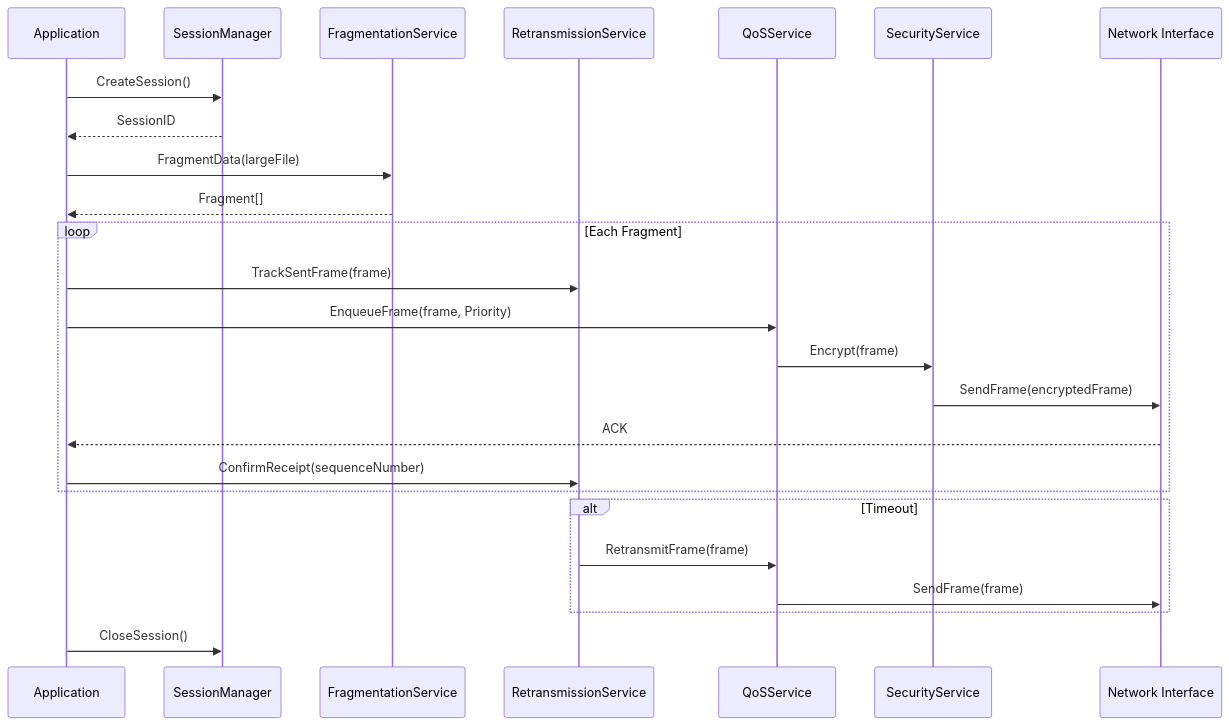
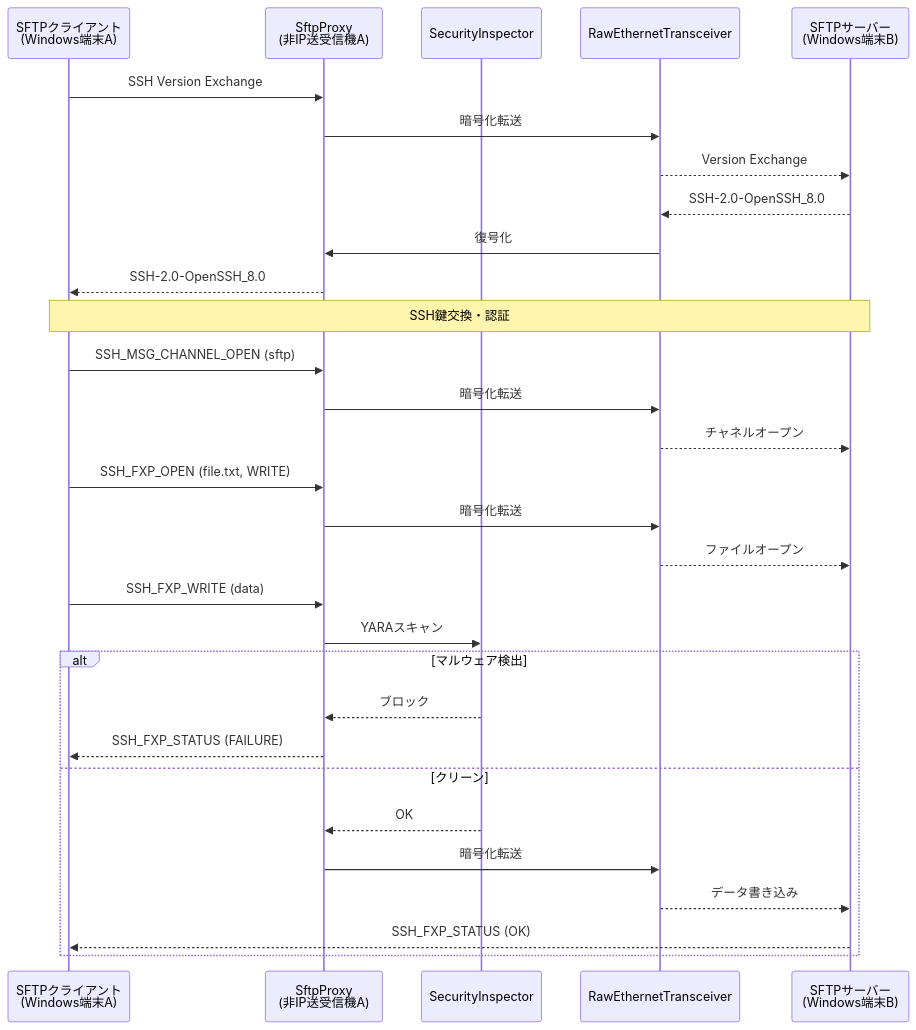
The fourth of 5 diagrams in functionaldesign.md (InvestorX/Non-IP-File-Delivery), drawn with Mermaid before and after one commit. The commit also changed other lines of this file and 1 other file, not shown here.

````diff
--- a/functionaldesign.md
+++ b/functionaldesign.md
@@ -608,32 +311,39 @@
 ```mermaid
 sequenceDiagram
-    participant App as Application
-    participant SM as SessionManager
-    participant FS as FragmentationService
-    participant RS as RetransmissionService
-    participant QoS as QoSService
-    participant SEC as SecurityService
-    participant NIC as Network Interface
+    participant SftpClient as SFTPクライアント<br/>(Windows端末A)
+    participant SftpProxy as SftpProxy<br/>(非IP送受信機A)
+    participant SecInsp as SecurityInspector
+    participant RawEth as RawEthernetTransceiver
+    participant SftpServer as SFTPサーバー<br/>(Windows端末B)
     
-    App->>SM: CreateSession()
-    SM-->>App: SessionID
+    SftpClient->>SftpProxy: SSH Version Exchange
+    SftpProxy->>RawEth: 暗号化転送
+    RawEth-->>SftpServer: Version Exchange
     
-    App->>FS: FragmentData(largeFile)
-    FS-->>App: Fragment[]
+    SftpServer-->>RawEth: SSH-2.0-OpenSSH_8.0
+    RawEth->>SftpProxy: 復号化
+    SftpProxy-->>SftpClient: SSH-2.0-OpenSSH_8.0
     
-    loop Each Fragment
-        App->>RS: TrackSentFrame(frame)
-        App->>QoS: EnqueueFrame(frame, Priority)
-        QoS->>SEC: Encrypt(frame)
-        SEC->>NIC: SendFrame(encryptedFrame)
-        NIC-->>App: ACK
-        App->>RS: ConfirmReceipt(sequenceNumber)
+    Note over SftpClient,SftpServer: SSH鍵交換・認証
+    
+    SftpClient->>SftpProxy: SSH_MSG_CHANNEL_OPEN (sftp)
+    SftpProxy->>RawEth: 暗号化転送
+    RawEth-->>SftpServer: チャネルオープン
+    
+    SftpClient->>SftpProxy: SSH_FXP_OPEN (file.txt, WRITE)
+    SftpProxy->>RawEth: 暗号化転送
+    RawEth-->>SftpServer: ファイルオープン
+    
+    SftpClient->>SftpProxy: SSH_FXP_WRITE (data)
+    SftpProxy->>SecInsp: YARAスキャン
+    
+    alt マルウェア検出
+        SecInsp-->>SftpProxy: ブロック
+        SftpProxy-->>SftpClient: SSH_FXP_STATUS (FAILURE)
+    else クリーン
+        SecInsp-->>SftpProxy: OK
+        SftpProxy->>RawEth: 暗号化転送
+        RawEth-->>SftpServer: データ書き込み
+        SftpServer-->>SftpClient: SSH_FXP_STATUS (OK)
     end
-    
-    alt Timeout
-        RS->>QoS: RetransmitFrame(frame)
-        QoS->>NIC: SendFrame(frame)
-    end
-    
-    App->>SM: CloseSession()
 ```
````
